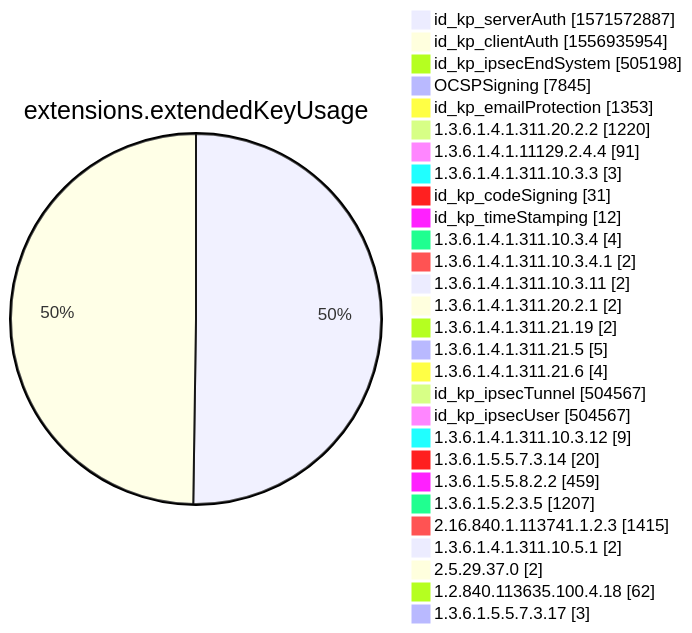
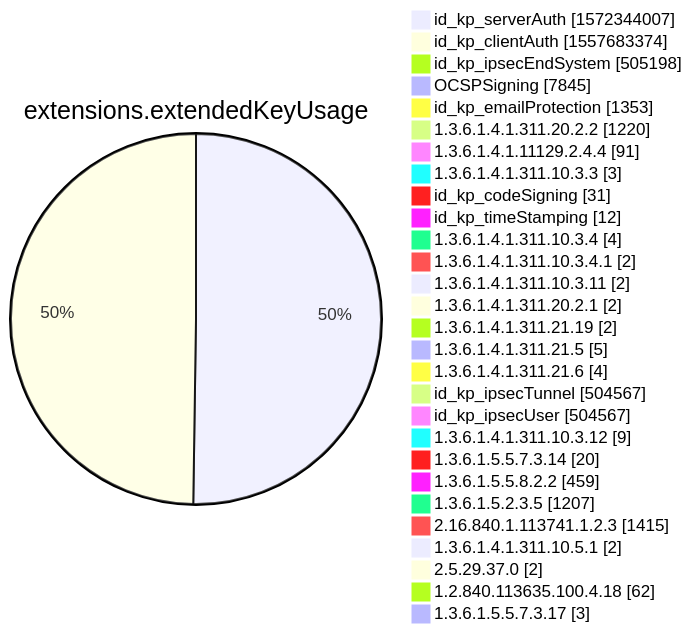
One commit to christiankrug/ctmonitor_visualization changed diagram 12 of 15 in xenon2022/README.md. Above: the diagram before and after it, drawn with Mermaid. The commit also changed other lines of this file, not shown here.

````diff
--- a/xenon2022/README.md
+++ b/xenon2022/README.md
@@ -3883,32 +3883,32 @@
 ```mermaid
 pie showData
 title extensions.extendedKeyUsage
-"id_kp_serverAuth" :1571572887
-"id_kp_clientAuth" :1556935954
+"id_kp_serverAuth" :1572344007
+"id_kp_clientAuth" :1557683374
 "id_kp_ipsecEndSystem" :505198
 "OCSPSigning" :7845
 "id_kp_emailProtection" :1353
 "1.3.6.1.4.1.311.20.2.2" :1220
 "1.3.6.1.4.1.11129.2.4.4" :91
 "1.3.6.1.4.1.311.10.3.3" :3
 "id_kp_codeSigning" :31
 "id_kp_timeStamping" :12
 "1.3.6.1.4.1.311.10.3.4" :4
 "1.3.6.1.4.1.311.10.3.4.1" :2
 "1.3.6.1.4.1.311.10.3.11" :2
 "1.3.6.1.4.1.311.20.2.1" :2
 "1.3.6.1.4.1.311.21.19" :2
 "1.3.6.1.4.1.311.21.5" :5
 "1.3.6.1.4.1.311.21.6" :4
 "id_kp_ipsecTunnel" :504567
 "id_kp_ipsecUser" :504567
 "1.3.6.1.4.1.311.10.3.12" :9
 "1.3.6.1.5.5.7.3.14" :20
 "1.3.6.1.5.5.8.2.2" :459
 "1.3.6.1.5.2.3.5" :1207
 "2.16.840.1.113741.1.2.3" :1415
 "1.3.6.1.4.1.311.10.5.1" :2
 "2.5.29.37.0" :2
 "1.2.840.113635.100.4.18" :62
 "1.3.6.1.5.5.7.3.17" :3
 ```
````
